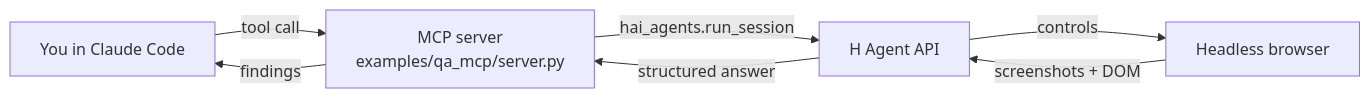
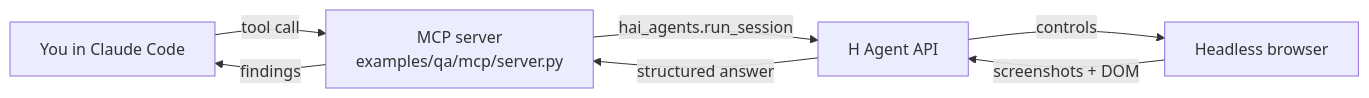
Before and after one commit to exemplary-citizen/computer-use-hackathon: the diagram in README.md, drawn with Mermaid. The commit also changed other lines of this file and 22 other files, not shown here.

````diff
--- a/README.md
+++ b/README.md
@@ -43,9 +64,9 @@
 ```mermaid
 flowchart LR
-  user[You in Claude Code] -->|tool call| mcp[MCP server\nexamples/qa_mcp/server.py]
+  user[You in Claude Code] -->|tool call| mcp[MCP server\nexamples/qa/mcp/server.py]
   mcp -->|hai_agents.run_session| api[H Agent API]
   api -->|controls| browser[Headless browser]
   browser -->|screenshots + DOM| api
   api -->|structured answer| mcp
   mcp -->|findings| user
 ```
````
